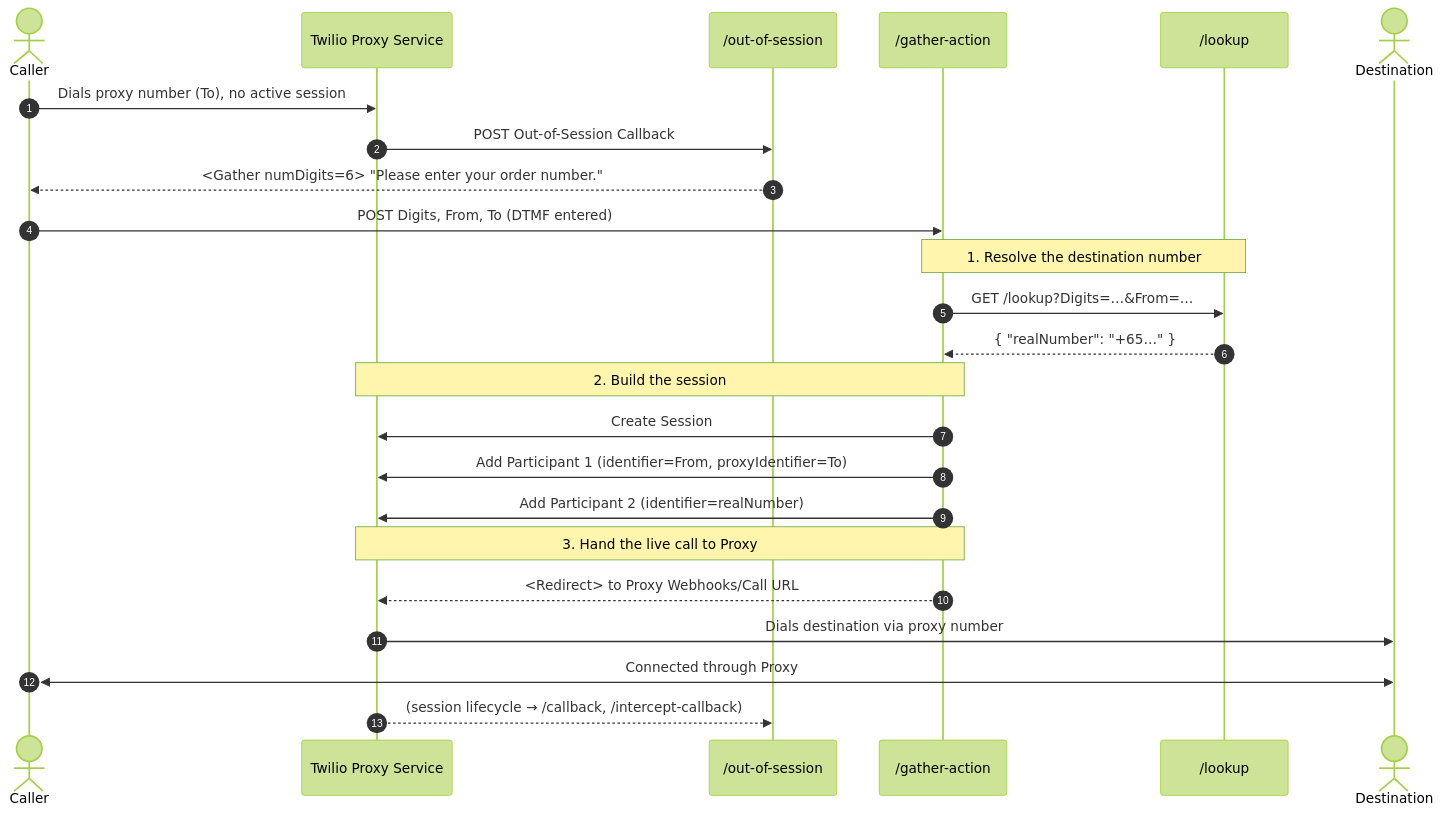
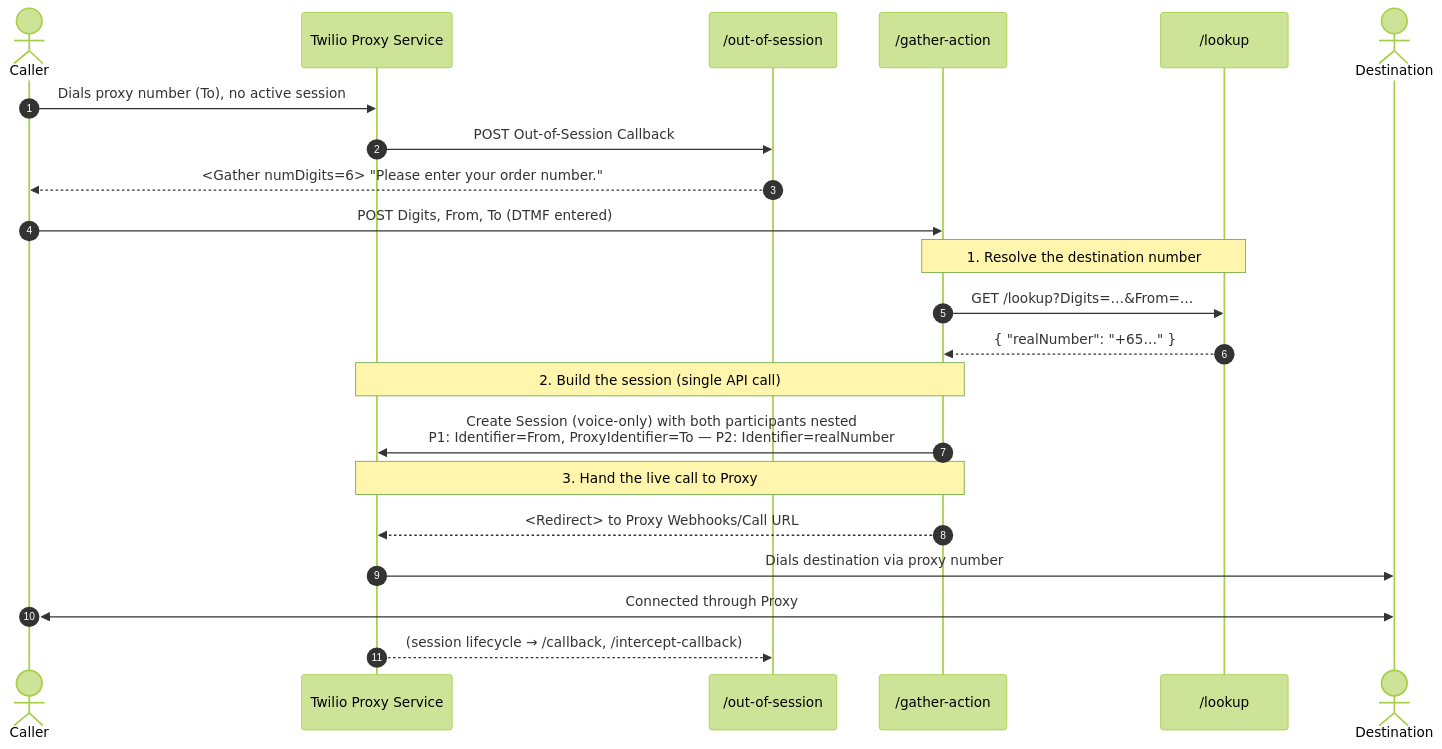
Before and after one commit to leroychan/twilio-proxy-single-participant-workflow: the second of 3 diagrams in README.md, drawn with Mermaid (forest theme). The commit also changed other lines of this file and 2 other files, not shown here.

First line of the commit message:
Create Proxy session with participants in a single API call

````diff
--- a/README.md
+++ b/README.md
@@ -82,32 +82,30 @@
 ```mermaid
 sequenceDiagram
     autonumber
     actor Caller
     participant Proxy as Twilio Proxy Service
     participant OOS as /out-of-session
     participant GA as /gather-action
     participant LK as /lookup
     actor Dest as Destination
 
     Caller->>Proxy: Dials proxy number (To), no active session
     Proxy->>OOS: POST Out-of-Session Callback
     OOS-->>Caller: <Gather numDigits=6> "Please enter your order number."
 
     Caller->>GA: POST Digits, From, To (DTMF entered)
 
     Note over GA,LK: 1. Resolve the destination number
     GA->>LK: GET /lookup?Digits=…&From=…
     LK-->>GA: { "realNumber": "+65…" }
 
-    Note over GA,Proxy: 2. Build the session
-    GA->>Proxy: Create Session
-    GA->>Proxy: Add Participant 1 (identifier=From, proxyIdentifier=To)
-    GA->>Proxy: Add Participant 2 (identifier=realNumber)
+    Note over GA,Proxy: 2. Build the session (single API call)
+    GA->>Proxy: Create Session (voice-only) with both participants nested<br/>P1: Identifier=From, ProxyIdentifier=To — P2: Identifier=realNumber
 
     Note over GA,Proxy: 3. Hand the live call to Proxy
     GA-->>Proxy: <Redirect> to Proxy Webhooks/Call URL
     Proxy->>Dest: Dials destination via proxy number
     Caller<<->>Dest: Connected through Proxy
 
     Proxy-->>OOS: (session lifecycle → /callback, /intercept-callback)
 ```
````
